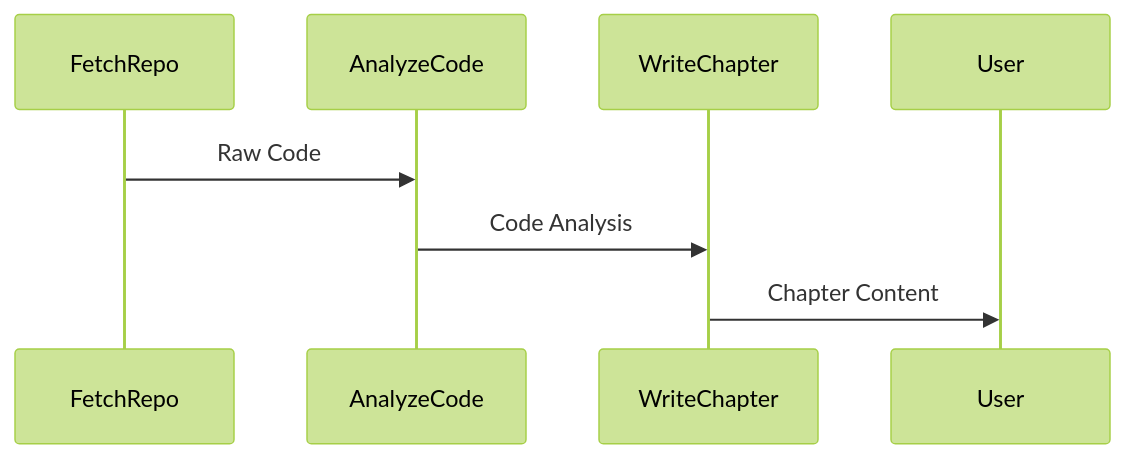
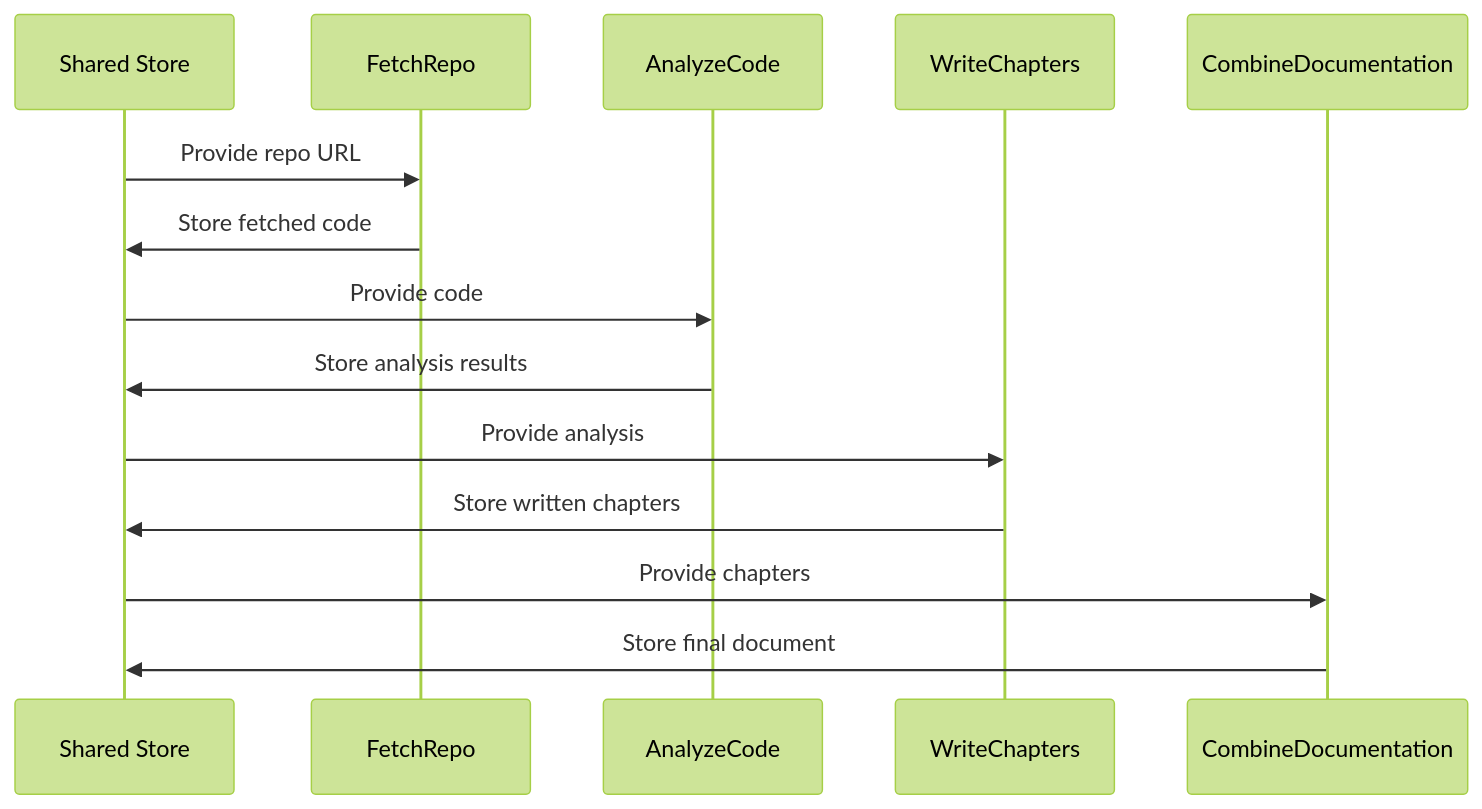
Before and after one commit to dygavieta/NewRepo: the fifth of 9 diagrams in README.md, drawn with Mermaid (forest theme). The commit also changed other lines of this file, not shown here.

````diff
--- a/README.md
+++ b/README.md
@@ -392,10 +406,17 @@
 ```mermaid
 sequenceDiagram
+    participant SS as Shared Store
     participant FR as FetchRepo
     participant AC as AnalyzeCode
-    participant WC as WriteChapter
+    participant WC as WriteChapters
+    participant CD as CombineDocumentation
 
-    FR->>AC: Raw Code
-    AC->>WC: Code Analysis
-    WC->>User: Chapter Content
+    SS->>FR: Provide repo URL
+    FR->>SS: Store fetched code
+    SS->>AC: Provide code
+    AC->>SS: Store analysis results
+    SS->>WC: Provide analysis
+    WC->>SS: Store written chapters
+    SS->>CD: Provide chapters
+    CD->>SS: Store final document
 ```
````
